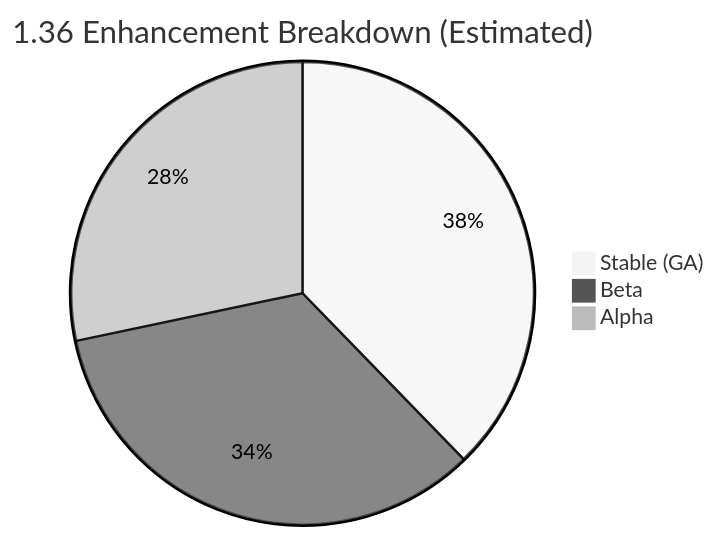
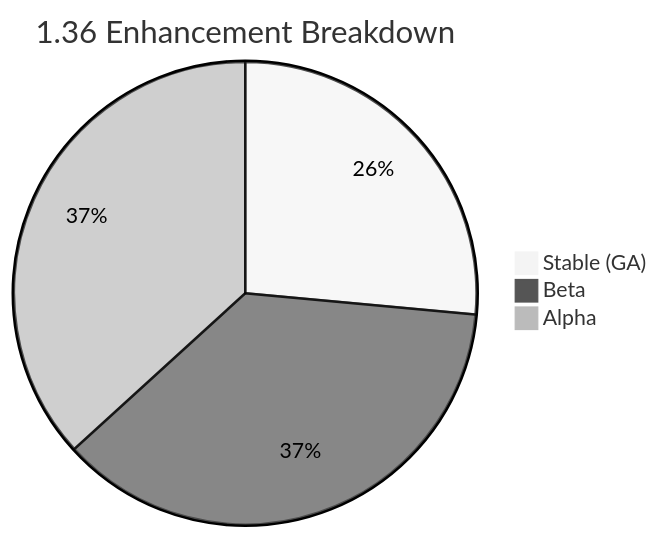
Diagram 14 of 18 in en/eks/12-kubernetes-version-roadmap.md (Atom-oh/kubernetes-docs), drawn with Mermaid (neutral theme) before and after one commit. The commit also changed other lines of this file and 5 other files, not shown here.

````diff
--- a/en/eks/12-kubernetes-version-roadmap.md
+++ b/en/eks/12-kubernetes-version-roadmap.md
@@ -1633,6 +1632,6 @@
 ```mermaid
-pie title 1.36 Enhancement Breakdown (Estimated)
-    "Stable (GA)" : 20
-    "Beta" : 18
-    "Alpha" : 15
+pie title 1.36 Enhancement Breakdown
+    "Stable (GA)" : 18
+    "Beta" : 25
+    "Alpha" : 25
 ```
````
